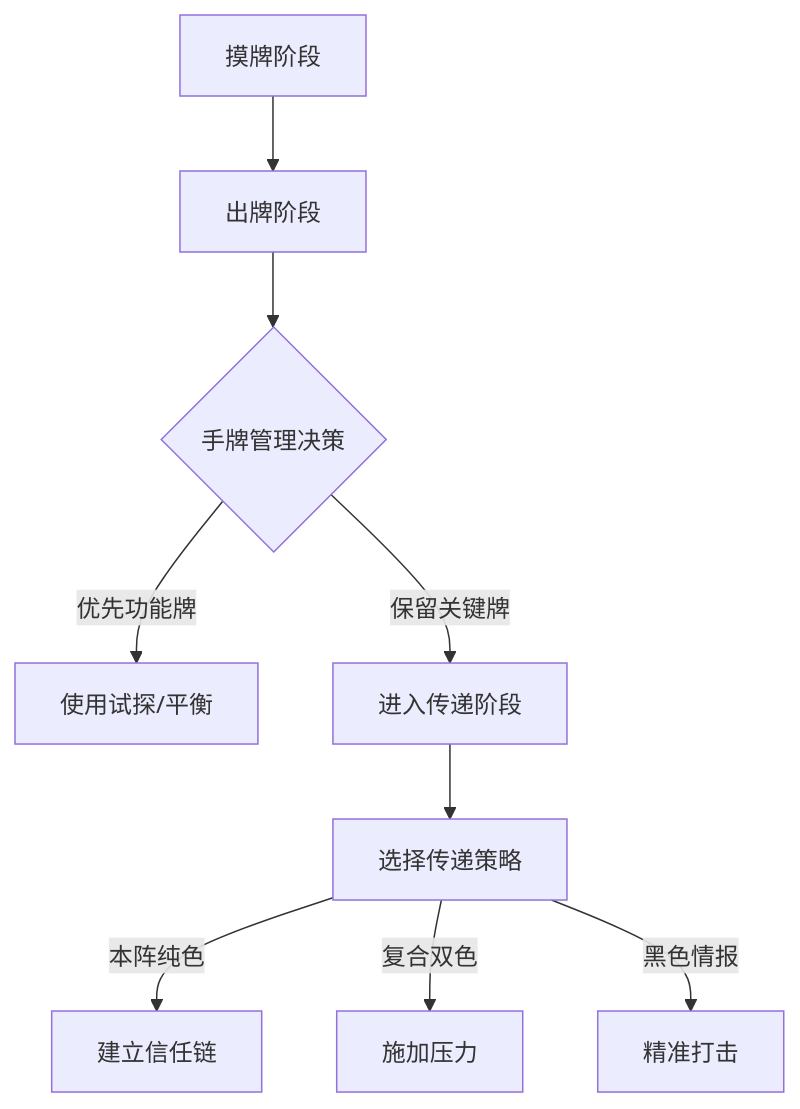
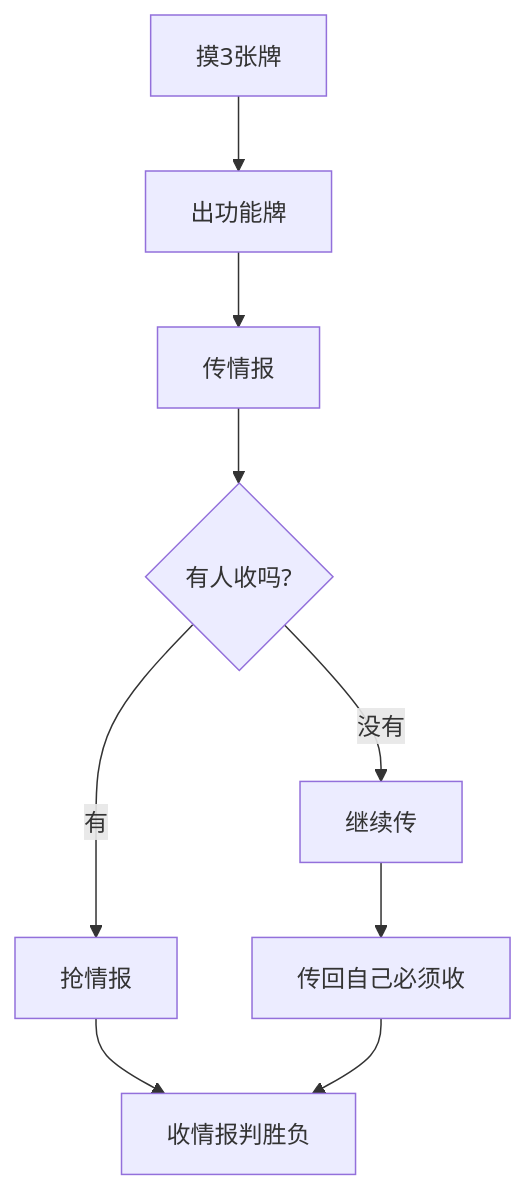
The diagram in docs/document/strategy/deepseek.md (CuteReimu/fengsheng-doc), drawn with Mermaid before and after one commit. The commit also changed other lines of this file, not shown here.

````diff
--- a/docs/document/strategy/deepseek.md
+++ b/docs/document/strategy/deepseek.md
@@ -16,11 +22,10 @@
 ```mermaid
 graph TD
-    A[摸牌阶段] --> B[出牌阶段]
-    B --> C{手牌管理决策}
-    C -->|优先功能牌| D[使用试探/平衡]
-    C -->|保留关键牌| E[进入传递阶段]
-    E --> F[选择传递策略]
-    F -->|本阵纯色| G[建立信任链]
-    F -->|复合双色| H[施加压力]
-    F -->|黑色情报| I[精准打击]
+    A[摸3张牌] --> B[出功能牌]
+    B --> C[传情报]
+    C --> D{有人收吗?}
+    D -->|有| E[抢情报]
+    D -->|没有| F[继续传]
+    F --> G[传回自己必须收]
+    E & G --> H[收情报判胜负]
 ```
````
